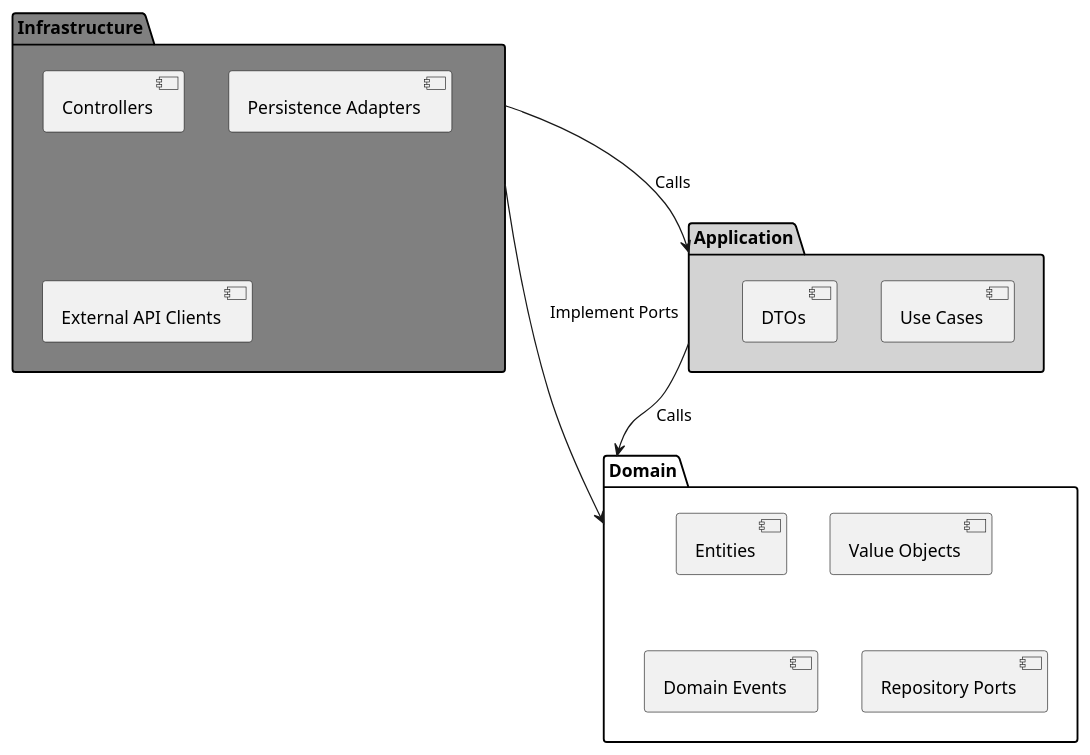
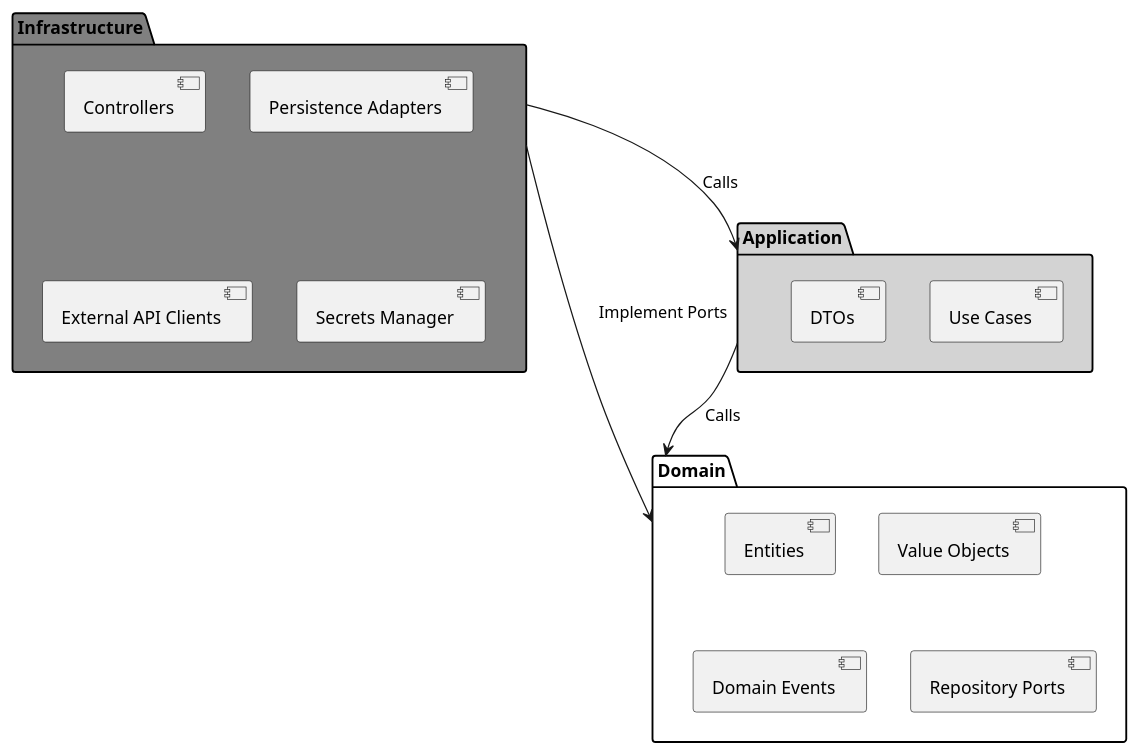
The diagram in docs/agnostic/standards/architecture.md (leonardsoetedjo/app-architecture-template), drawn with PlantUML before and after one commit. The commit also changed other lines of this file and 47 other files, not shown here.

````diff
--- a/docs/agnostic/standards/architecture.md
+++ b/docs/agnostic/standards/architecture.md
@@ -10,26 +10,24 @@
 ```plantuml
 @startuml
 skinparam monochrome true
 package "Domain" #white {
     [Entities]
     [Value Objects]
     [Domain Events]
     [Repository Ports]
 }
-
 package "Application" #lightgrey {
     [Use Cases]
     [DTOs]
 }
-
 package "Infrastructure" #grey {
     [Controllers]
     [Persistence Adapters]
     [External API Clients]
+    [Secrets Manager]
 }
-
 [Infrastructure] --> [Application] : Calls
 [Application] --> [Domain] : Calls
 [Infrastructure] --> [Domain] : Implement Ports
 @enduml
 ```
````
